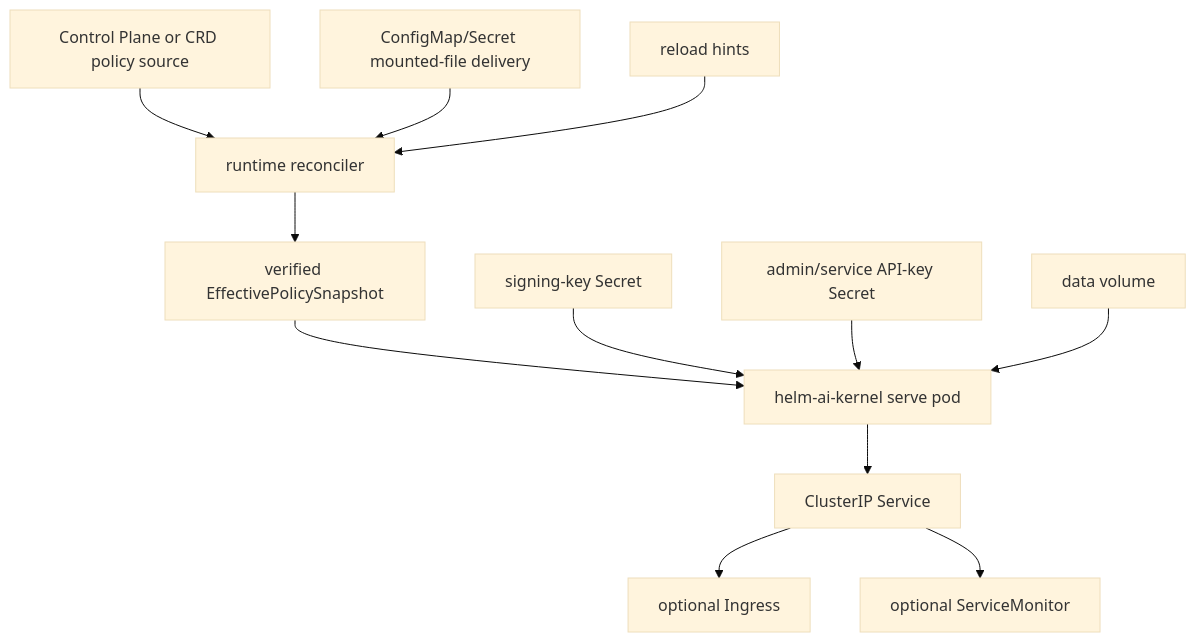
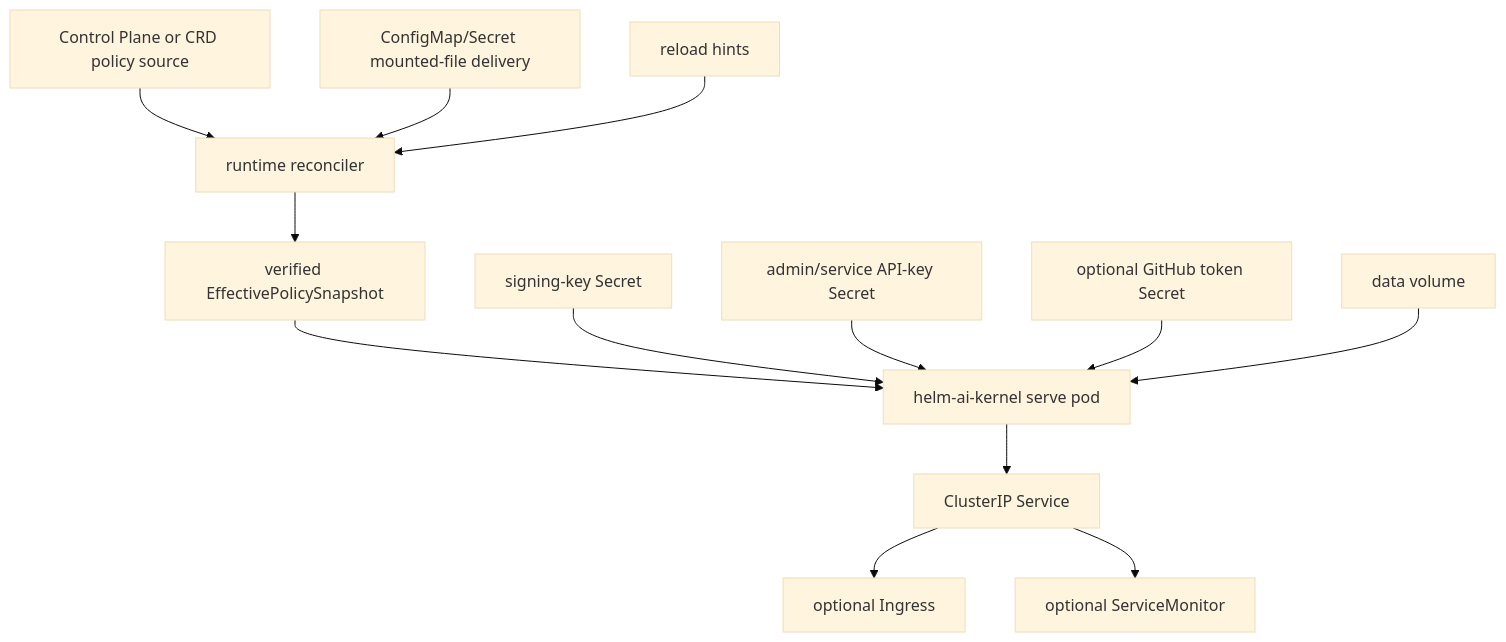
One commit to Mindburn-Labs/helm-ai-kernel changed the diagram in deploy/helm-chart/README.md. Above: the diagram before and after it, drawn with Mermaid (base theme). The commit also changed other lines of this file and 9 other files, not shown here.

First line of the commit message:
HELM-462: close ingress lifecycle gaps and wire GitHub receipt runtime (#882)

````diff
--- a/deploy/helm-chart/README.md
+++ b/deploy/helm-chart/README.md
@@ -42,14 +42,15 @@
 ```mermaid
 flowchart TD
   cp["Control Plane or CRD policy source"] --> runtime["runtime reconciler"]
   cm["ConfigMap/Secret mounted-file delivery"] --> runtime
   hint["reload hints"] --> runtime
   runtime --> snapshot["verified EffectivePolicySnapshot"]
   snapshot --> pod["helm-ai-kernel serve pod"]
   signing["signing-key Secret"] --> pod
   auth["admin/service API-key Secret"] --> pod
+  github["optional GitHub token Secret"] --> pod
   pvc["data volume"] --> pod
   pod --> service["ClusterIP Service"]
   service --> ingress["optional Ingress"]
   service --> metrics["optional ServiceMonitor"]
 ```
````
